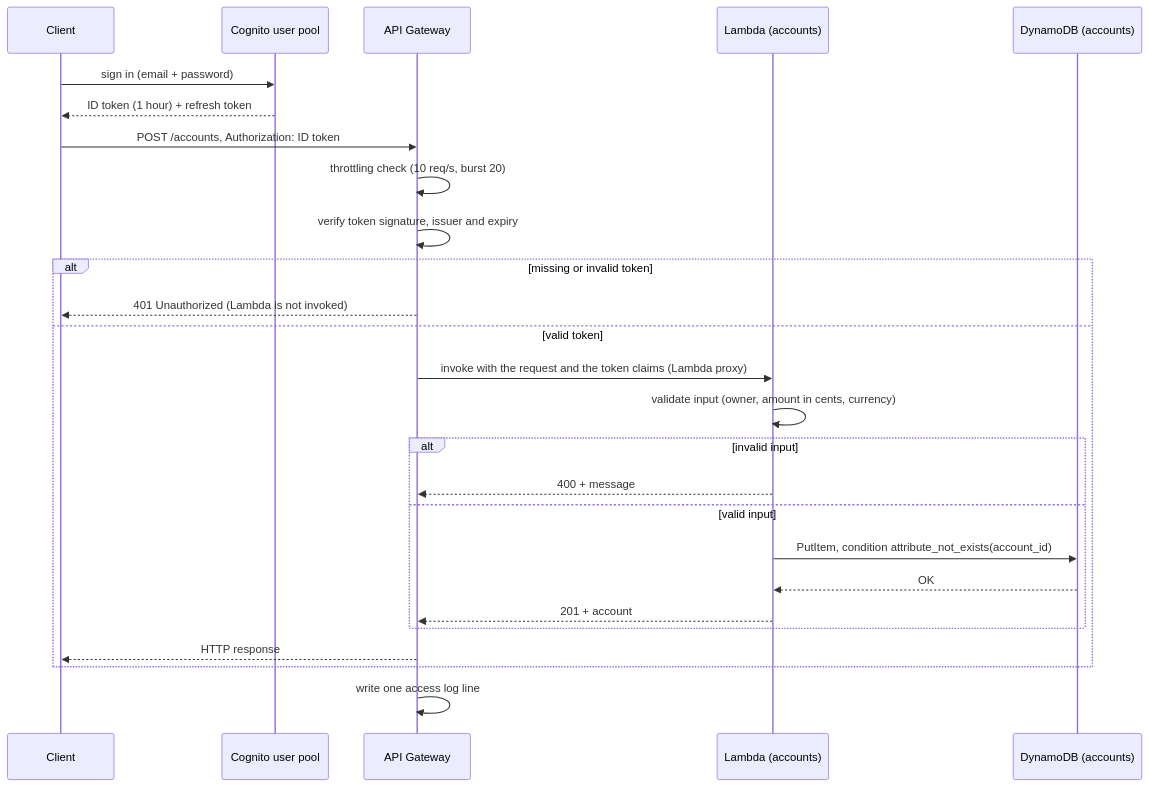
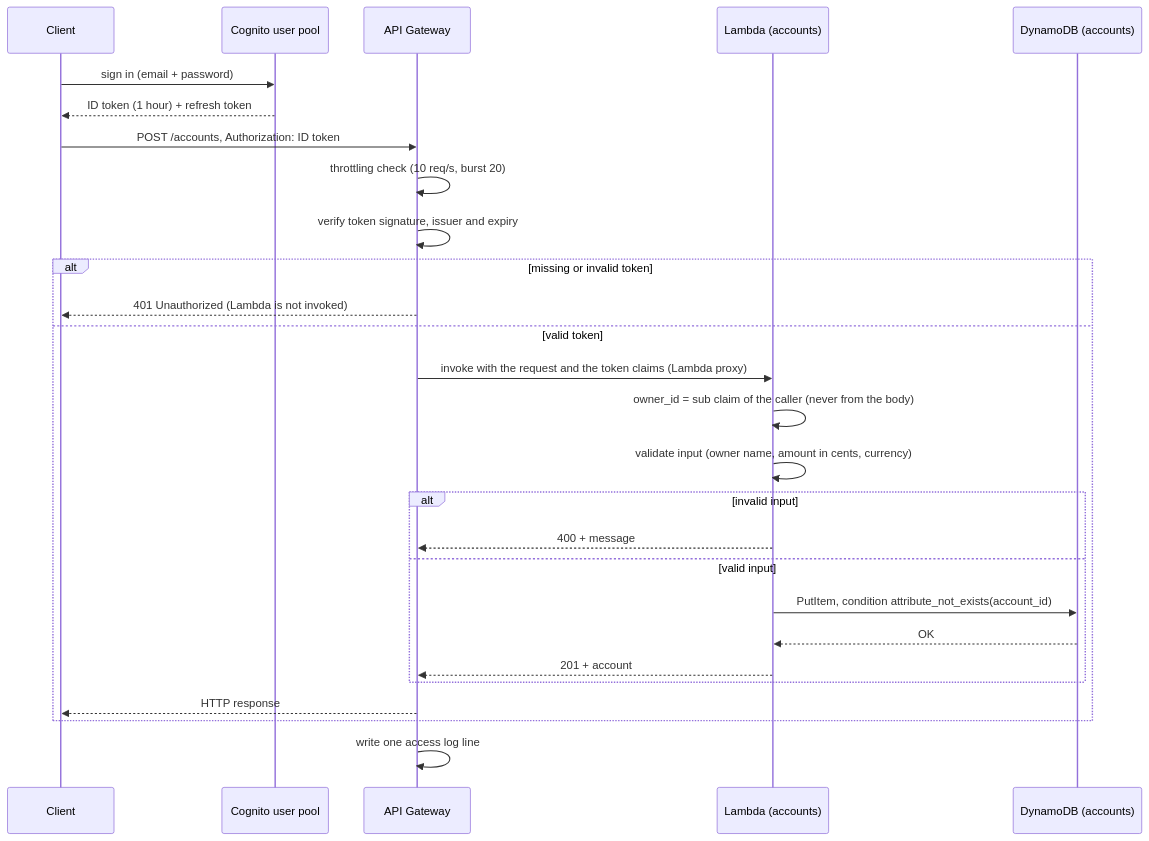
The second of 3 diagrams in docs/architecture/accounts-api.md (samibhiri/serverless-transfer-saga), drawn with Mermaid before and after one commit. The commit also changed other lines of this file and 5 other files, not shown here.

````diff
--- a/docs/architecture/accounts-api.md
+++ b/docs/architecture/accounts-api.md
@@ -52,29 +52,30 @@
 ```mermaid
 sequenceDiagram
     participant C as Client
     participant U as Cognito user pool
     participant A as API Gateway
     participant L as Lambda (accounts)
     participant D as DynamoDB (accounts)
 
     C->>U: sign in (email + password)
     U-->>C: ID token (1 hour) + refresh token
     C->>A: POST /accounts, Authorization: ID token
     A->>A: throttling check (10 req/s, burst 20)
     A->>A: verify token signature, issuer and expiry
     alt missing or invalid token
         A-->>C: 401 Unauthorized (Lambda is not invoked)
     else valid token
         A->>L: invoke with the request and the token claims (Lambda proxy)
-        L->>L: validate input (owner, amount in cents, currency)
+        L->>L: owner_id = sub claim of the caller (never from the body)
+        L->>L: validate input (owner name, amount in cents, currency)
         alt invalid input
             L-->>A: 400 + message
         else valid input
             L->>D: PutItem, condition attribute_not_exists(account_id)
             D-->>L: OK
             L-->>A: 201 + account
         end
         A-->>C: HTTP response
     end
     A->>A: write one access log line
 ```
````
